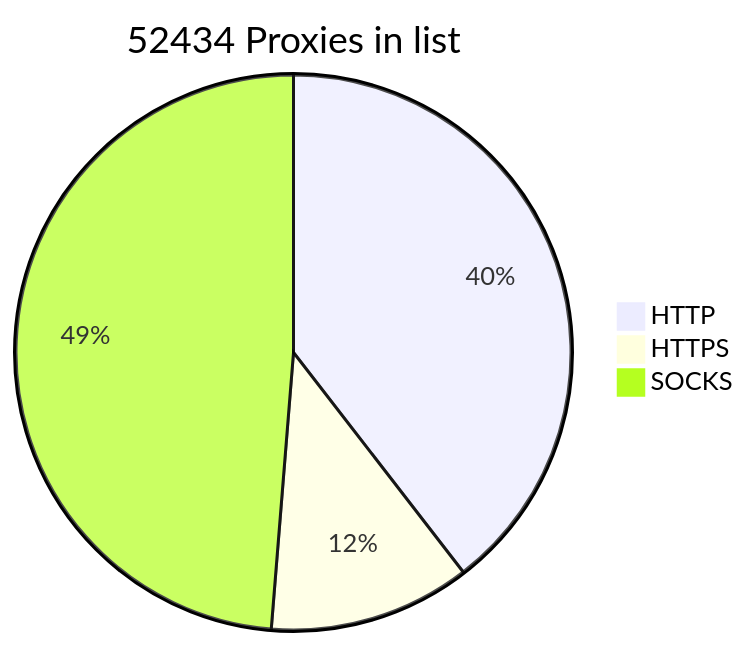
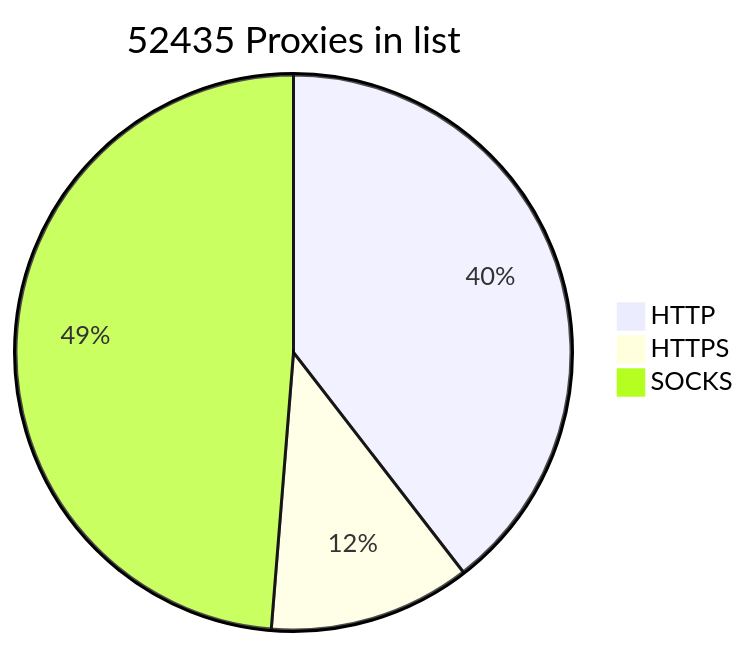
The diagram in README.md (BlackSnowDot/proxylist-update-every-minute), drawn with Mermaid before and after one commit.

````diff
--- a/README.md
+++ b/README.md
@@ -2,6 +2,6 @@
 ```mermaid
-pie title 52434 Proxies in list
+pie title 52435 Proxies in list
     "HTTP" : 23099
     "HTTPS": 6868
-    "SOCKS" : 28474
+    "SOCKS" : 28475
 ```
````
